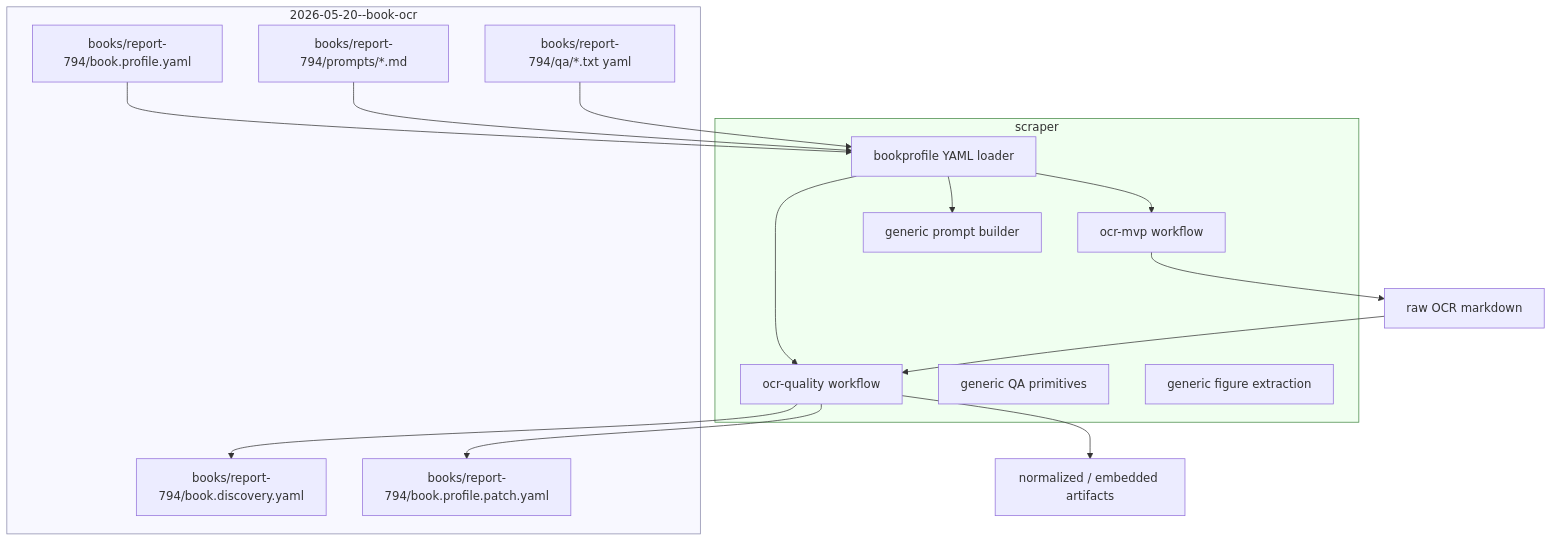
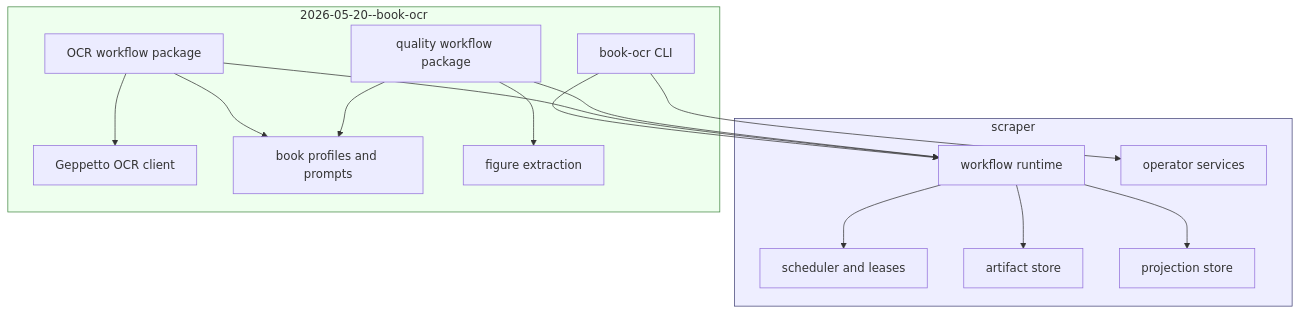
One commit to wesen/2026-05-20--book-ocr changed the diagram in ttmp/2026/05/24/BOOK-OCR-EXTERNALIZE-001--move-book-specific-ocr-policy-out-of-scraper-into-book-ocr-repository/design-doc/01-externalizing-book-ocr-policy-from-scraper-design-and-implementation-guide.md. Above: the diagram before and after it, drawn with Mermaid. The commit also changed other lines of this file and 2 other files, not shown here.

Commit message:
Docs: correct OCR externalization scope

````diff
--- a/ttmp/2026/05/24/BOOK-OCR-EXTERNALIZE-001--move-book-specific-ocr-policy-out-of-scraper-into-book-ocr-repository/design-doc/01-externalizing-book-ocr-policy-from-scraper-design-and-implementation-guide.md
+++ b/ttmp/2026/05/24/BOOK-OCR-EXTERNALIZE-001--move-book-specific-ocr-policy-out-of-scraper-into-book-ocr-repository/design-doc/01-externalizing-book-ocr-policy-from-scraper-design-and-implementation-guide.md
@@ -346,34 +125,34 @@
 ```mermaid
 flowchart TD
-    subgraph BookRepo[2026-05-20--book-ocr]
-        A[books/report-794/book.profile.yaml]
-        B[books/report-794/prompts/*.md]
-        C[books/report-794/qa/*.txt yaml]
-        D[books/report-794/book.discovery.yaml]
-        E[books/report-794/book.profile.patch.yaml]
+    subgraph Scraper[scraper]
+        A[workflow runtime]
+        B[scheduler and leases]
+        C[artifact store]
+        D[projection store]
+        E[operator services]
     end
 
-    subgraph Scraper[scraper]
-        F[bookprofile YAML loader]
-        G[ocr-mvp workflow]
-        H[ocr-quality workflow]
-        I[generic prompt builder]
-        J[generic QA primitives]
-        K[generic figure extraction]
+    subgraph BookOCR[2026-05-20--book-ocr]
+        F[book-ocr CLI]
+        G[OCR workflow package]
+        H[quality workflow package]
+        I[Geppetto OCR client]
+        J[book profiles and prompts]
+        K[figure extraction]
     end
 
-    A --> F
-    B --> F
-    C --> F
-    F --> I
-    F --> G
-    F --> H
-    G --> L[raw OCR markdown]
-    L --> H
-    H --> D
-    H --> E
-    H --> M[normalized / embedded artifacts]
+    F --> A
+    G --> A
+    H --> A
+    G --> I
+    G --> J
+    H --> J
+    H --> K
+    A --> B
+    A --> C
+    A --> D
+    F --> E
 
-    style BookRepo fill:#f8f8ff,stroke:#88a
-    style Scraper fill:#f0fff0,stroke:#484
+    style Scraper fill:#eef,stroke:#447
+    style BookOCR fill:#efe,stroke:#484
 ```
````
